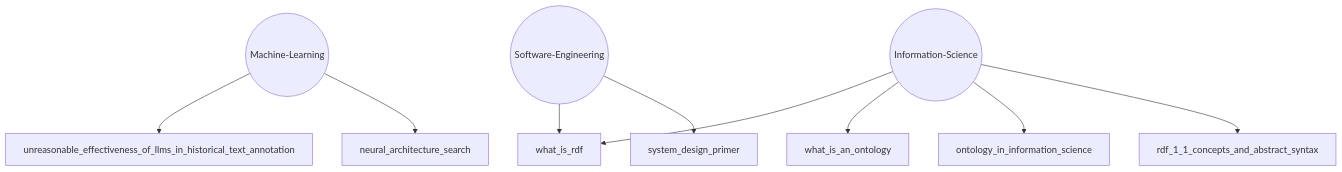
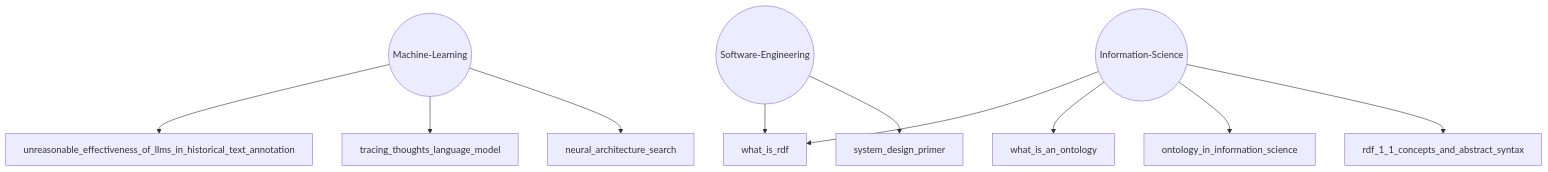
Before and after one commit to zparvez2z/TLDR: the diagram in README.md, drawn with Mermaid. The commit also changed other lines of this file and 2 other files, not shown here.

````diff
--- a/README.md
+++ b/README.md
@@ -6,14 +4,15 @@
 ```mermaid
 graph TD
     Software-Engineering(( Software-Engineering ))
     Software-Engineering --> system_design_primer
     Software-Engineering --> what_is_rdf
     Machine-Learning(( Machine-Learning ))
     Machine-Learning --> neural_architecture_search
+    Machine-Learning --> tracing_thoughts_language_model
     Machine-Learning --> unreasonable_effectiveness_of_llms_in_historical_text_annotation
     Information-Science(( Information-Science ))
     Information-Science --> rdf_1_1_concepts_and_abstract_syntax
     Information-Science --> ontology_in_information_science
     Information-Science --> what_is_an_ontology
     Information-Science --> what_is_rdf
 ```
````
